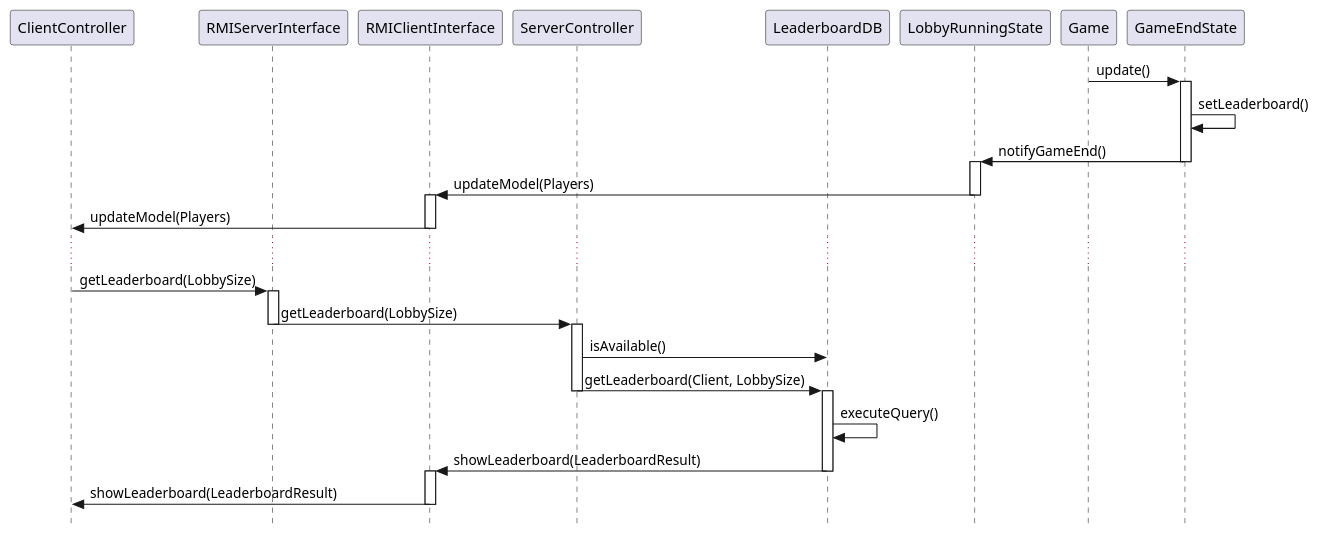
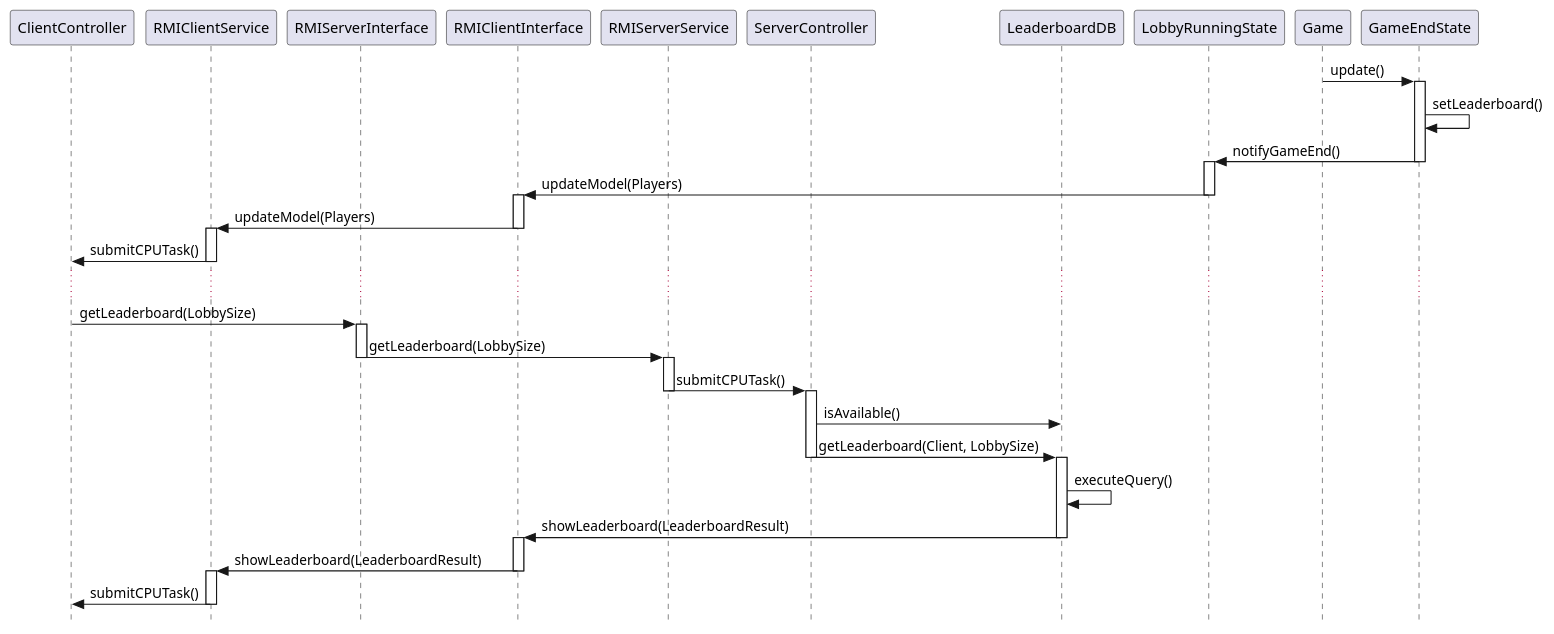
Before and after one commit to Teiyo22/ing-sw-2026-hu-hu-jin-jin: the diagram in uml/rank_rmi.puml, drawn with PlantUML. The commit also changed 2 other files, not shown here.

Commit message:
Updated sequence models for RMI

```diff
--- a/uml/rank_rmi.puml
+++ b/uml/rank_rmi.puml
@@ -1,50 +1,65 @@
 @startuml
 skinparam style strictuml
 
 participant ClientController
+participant RMIClientService
 participant RMIServerInterface
 participant RMIClientInterface
+participant RMIServerService
 participant ServerController
 participant LeaderboardDB
 participant LobbyRunningState
 participant Game
 participant GameEndState
 
 Game -> GameEndState : update()
 
 activate GameEndState
 GameEndState -> GameEndState: setLeaderboard()
 GameEndState -> LobbyRunningState: notifyGameEnd()
 deactivate GameEndState
 
 activate LobbyRunningState
 LobbyRunningState -> RMIClientInterface:  updateModel(Players)
 deactivate LobbyRunningState
 
 activate RMIClientInterface
-RMIClientInterface -> ClientController: updateModel(Players)
+RMIClientInterface -> RMIClientService: updateModel(Players)
 deactivate RMIClientInterface
+
+activate RMIClientService
+RMIClientService -> ClientController: submitCPUTask()
+deactivate RMIClientService
 
 ...
 
 ClientController -> RMIServerInterface: getLeaderboard(LobbySize)
 
 activate RMIServerInterface
-RMIServerInterface -> ServerController: getLeaderboard(LobbySize)
+RMIServerInterface -> RMIServerService: getLeaderboard(LobbySize)
 deactivate RMIServerInterface
+
+activate RMIServerService
+RMIServerService -> ServerController: submitCPUTask()
+deactivate RMIServerService
 
 activate ServerController
 ServerController -> LeaderboardDB : isAvailable()
 ServerController -> LeaderboardDB : getLeaderboard(Client, LobbySize)
 deactivate ServerController
 
 activate LeaderboardDB
 LeaderboardDB -> LeaderboardDB: executeQuery()
 LeaderboardDB -> RMIClientInterface: showLeaderboard(LeaderboardResult)
 deactivate LeaderboardDB
 
 activate RMIClientInterface
-RMIClientInterface -> ClientController: showLeaderboard(LeaderboardResult)
+RMIClientInterface -> RMIClientService: showLeaderboard(LeaderboardResult)
 deactivate RMIClientInterface
 
+activate RMIClientService
+RMIClientService -> ClientController: submitCPUTask()
+deactivate RMIClientService
+
+
 @enduml
```
